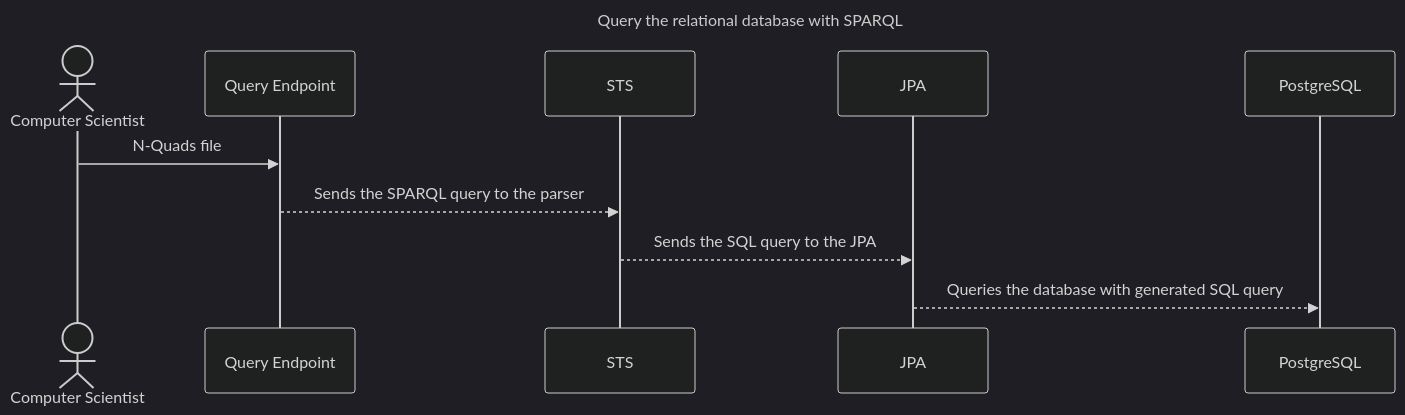
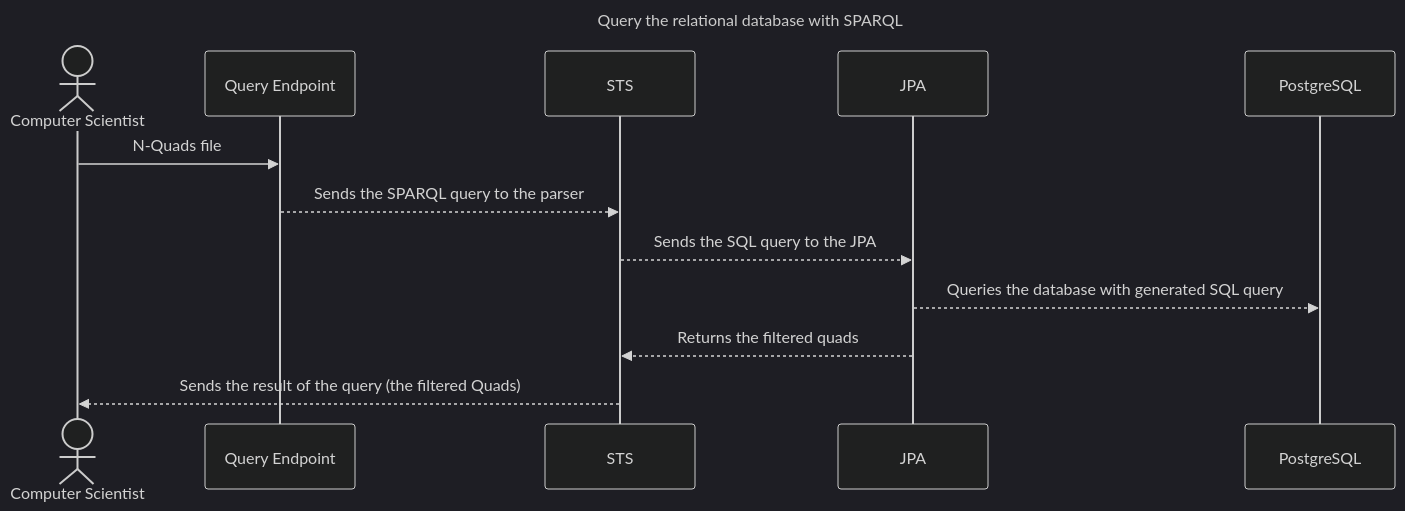
The second of 3 diagrams in Readme.md (VCityTeam/ConVer-G), drawn with Mermaid (dark theme) before and after one commit. The commit also changed other lines of this file and 16 other files, not shown here.

````diff
--- a/Readme.md
+++ b/Readme.md
@@ -65,12 +71,13 @@
 ```mermaid
 ---
 title: Query the relational database with SPARQL
 ---
 sequenceDiagram
     actor CS as Computer Scientist
-    CS->>Query Endpoint: N-Quads file
-    Query Endpoint-->>STS: Sends the SPARQL query to the parser
-    STS-->>JPA: Sends the SQL   query to the JPA
-    JPA-->>PostgreSQL: Queries the database with generated SQL query
-    
+    CS ->> Query Endpoint: N-Quads file
+    Query Endpoint -->> STS: Sends the SPARQL query to the parser
+    STS -->> JPA: Sends the SQL query to the JPA
+    JPA -->> PostgreSQL: Queries the database with generated SQL query
+    JPA -->> STS: Returns the filtered quads
+    STS -->> CS: Sends the result of the query (the filtered Quads)
 ```
````
